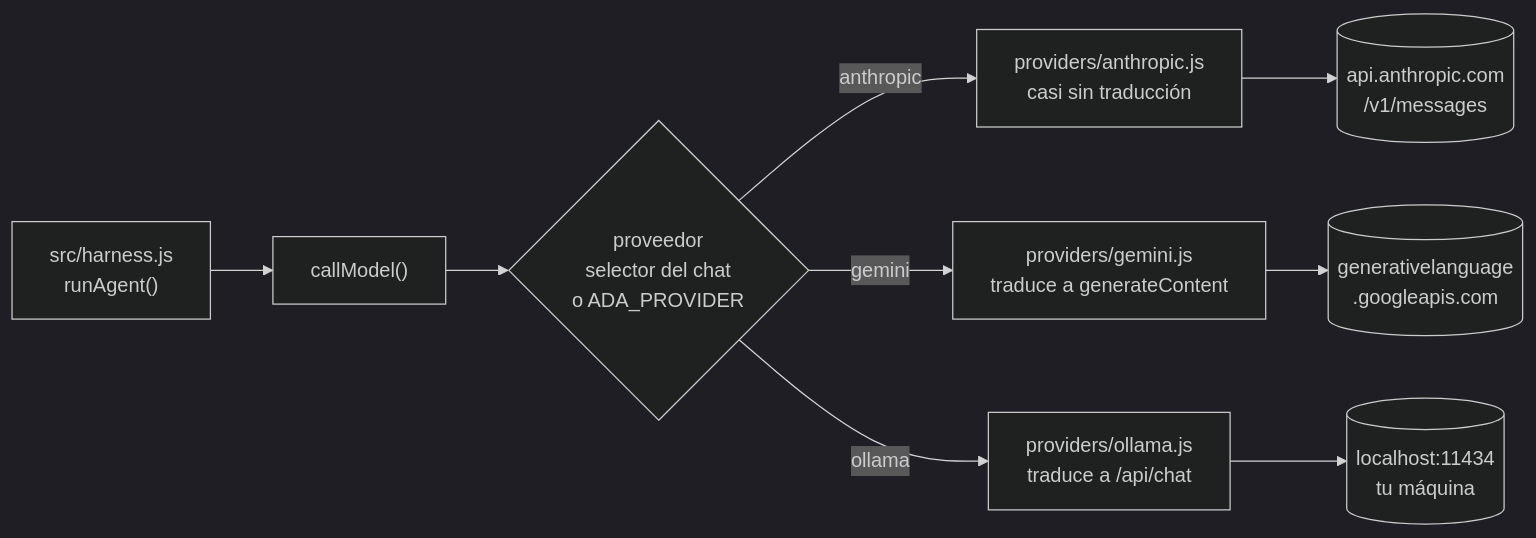
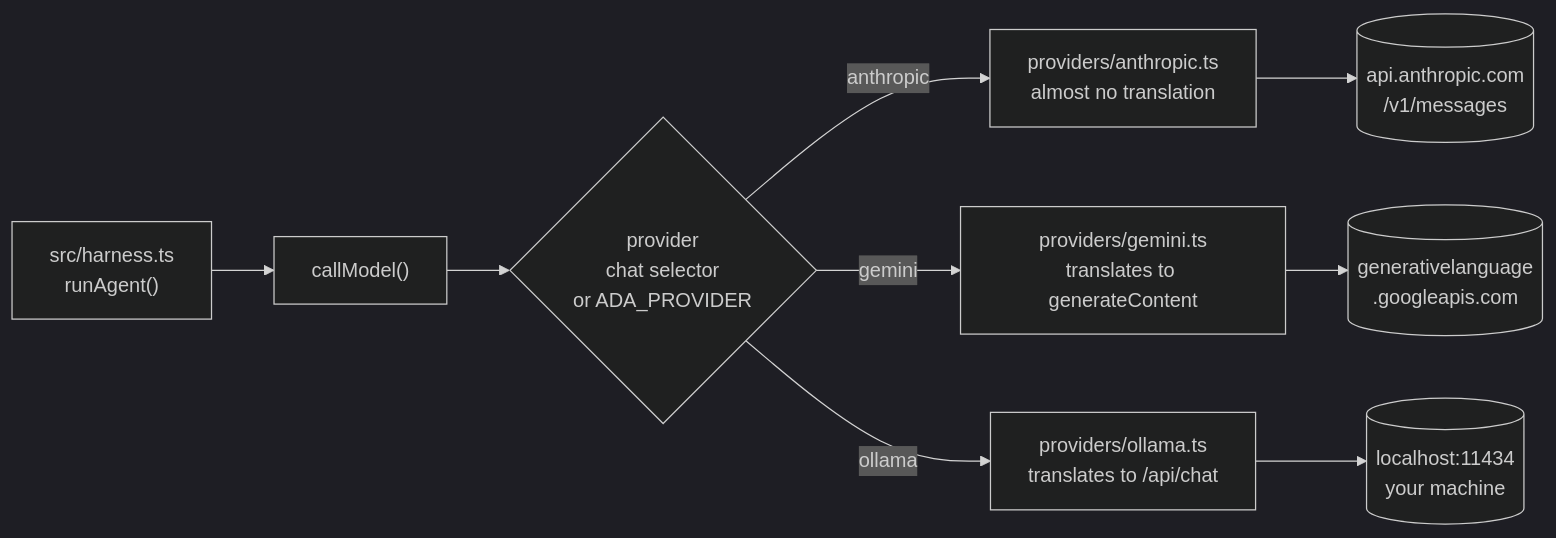
Before and after one commit to ada-school/ada-harness: the sixth of 15 diagrams in README.md, drawn with Mermaid (dark theme). The commit also changed other lines of this file and 95 other files, not shown here.

First line of the commit message:
feat(harness): run a usable chat from the TypeScript engine

````diff
--- a/README.md
+++ b/README.md
@@ -292,11 +312,11 @@
 ```mermaid
 flowchart LR
-    LOOP["src/harness.js<br/>runAgent()"] --> CM["callModel()"]
-    CM --> SEL{"proveedor<br/>selector del chat<br/>o ADA_PROVIDER"}
-    SEL -->|anthropic| A["providers/anthropic.js<br/>casi sin traducción"]
-    SEL -->|gemini| G["providers/gemini.js<br/>traduce a generateContent"]
-    SEL -->|ollama| O["providers/ollama.js<br/>traduce a /api/chat"]
+    LOOP["src/harness.ts<br/>runAgent()"] --> CM["callModel()"]
+    CM --> SEL{"provider<br/>chat selector<br/>or ADA_PROVIDER"}
+    SEL -->|anthropic| A["providers/anthropic.ts<br/>almost no translation"]
+    SEL -->|gemini| G["providers/gemini.ts<br/>translates to generateContent"]
+    SEL -->|ollama| O["providers/ollama.ts<br/>translates to /api/chat"]
     A --> AA[("api.anthropic.com<br/>/v1/messages")]
     G --> GG[("generativelanguage<br/>.googleapis.com")]
-    O --> OO[("localhost:11434<br/>tu máquina")]
+    O --> OO[("localhost:11434<br/>your machine")]
 ```
````
